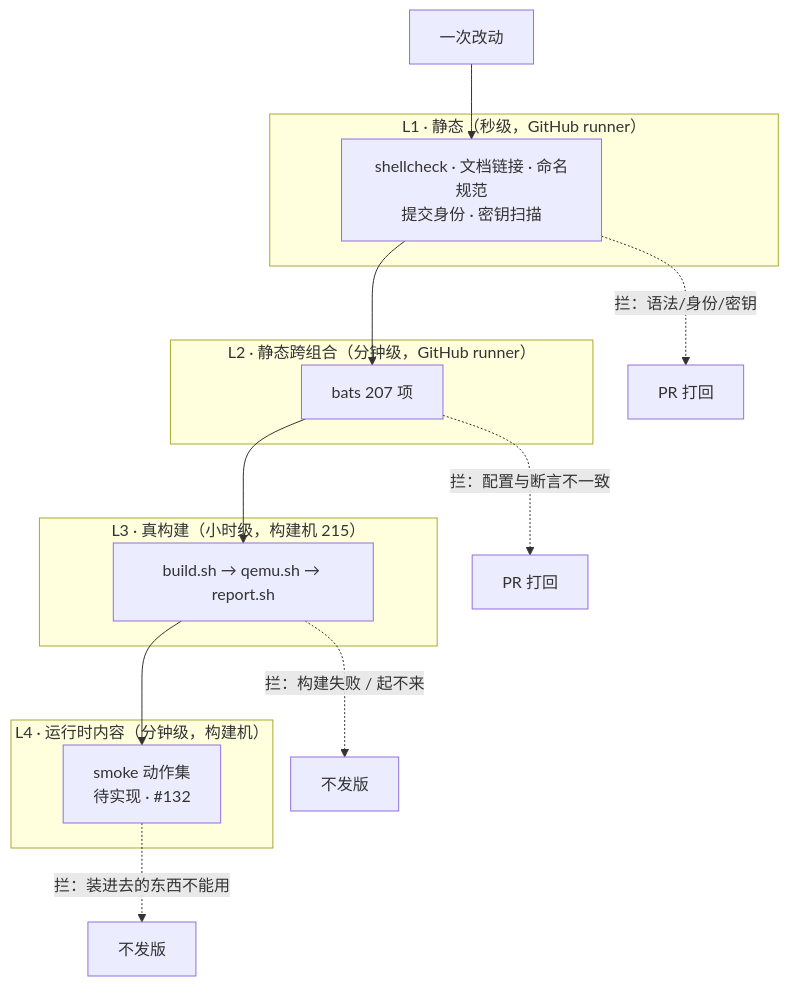
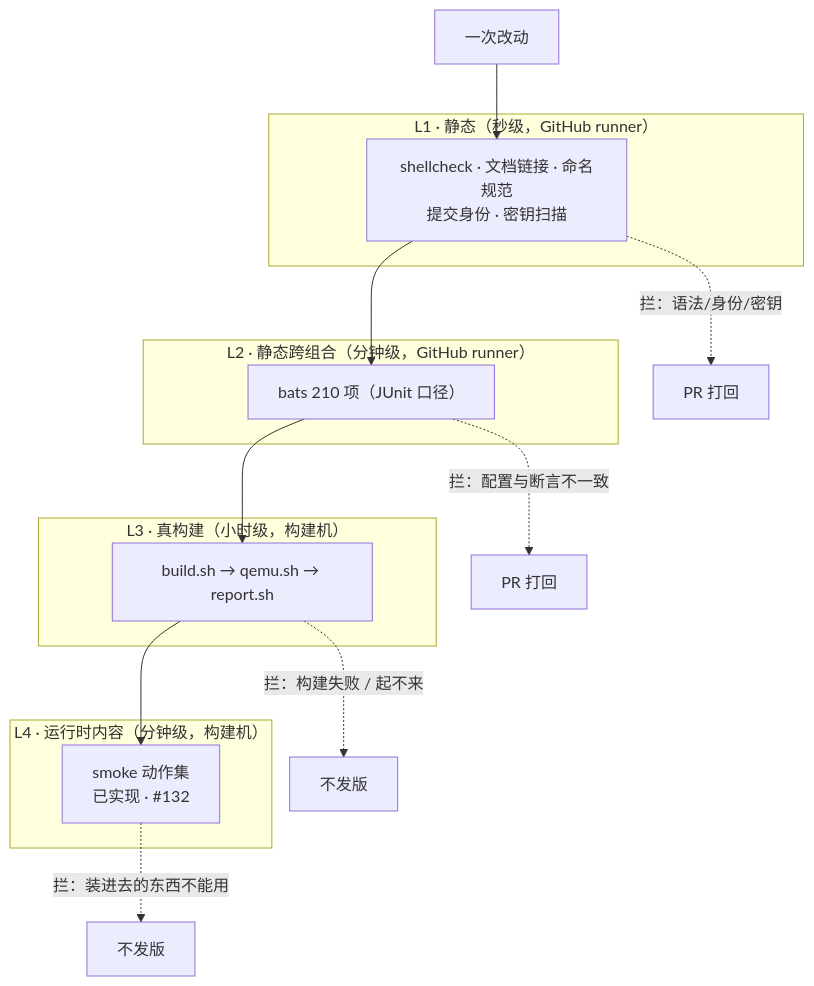
The first of 3 diagrams in docs/verification-flow.md (zeek-zhao/yp-distro), drawn with Mermaid before and after one commit. The commit also changed other lines of this file and 22 other files, not shown here.

````diff
--- a/docs/verification-flow.md
+++ b/docs/verification-flow.md
@@ -34,29 +34,29 @@
 ```mermaid
 flowchart TD
     CH["一次改动"] --> L1
 
     subgraph L1G["L1 · 静态（秒级，GitHub runner）"]
         L1["shellcheck · 文档链接 · 命名规范<br/>提交身份 · 密钥扫描"]
     end
 
     subgraph L2G["L2 · 静态跨组合（分钟级，GitHub runner）"]
-        L2["bats 207 项"]
+        L2["bats 210 项（JUnit 口径）"]
     end
 
-    subgraph L3G["L3 · 真构建（小时级，构建机 215）"]
+    subgraph L3G["L3 · 真构建（小时级，构建机）"]
         L3["build.sh → qemu.sh → report.sh"]
     end
 
     subgraph L4G["L4 · 运行时内容（分钟级，构建机）"]
-        L4["smoke 动作集<br/>待实现 · #132"]
+        L4["smoke 动作集<br/>已实现 · #132"]
     end
 
     L1 --> L2
     L2 --> L3
     L3 --> L4
 
     L1 -.->|"拦：语法/身份/密钥"| X1["PR 打回"]
     L2 -.->|"拦：配置与断言不一致"| X2["PR 打回"]
     L3 -.->|"拦：构建失败 / 起不来"| X3["不发版"]
     L4 -.->|"拦：装进去的东西不能用"| X4["不发版"]
 ```
````
